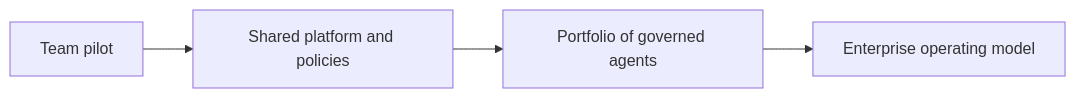
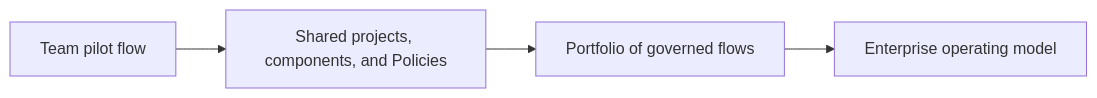
The second of 13 diagrams in book/chapters/chapter-06-enterprise-adoption-of-agentic-ai.md (naren-allam/agents-beginners), drawn with Mermaid before and after one commit. The commit also changed other lines of this file and 28 other files, not shown here.

````diff
--- a/book/chapters/chapter-06-enterprise-adoption-of-agentic-ai.md
+++ b/book/chapters/chapter-06-enterprise-adoption-of-agentic-ai.md
@@ -33,11 +33,11 @@
 ```mermaid
 flowchart LR
-    Pilot["Team pilot"]
-    Platform["Shared platform and policies"]
-    Portfolio["Portfolio of governed agents"]
+    Pilot["Team pilot flow"]
+    Platform["Shared projects, components, and Policies"]
+    Portfolio["Portfolio of governed flows"]
     Enterprise["Enterprise operating model"]
 
     Pilot --> Platform
     Platform --> Portfolio
     Portfolio --> Enterprise
 ```
````
